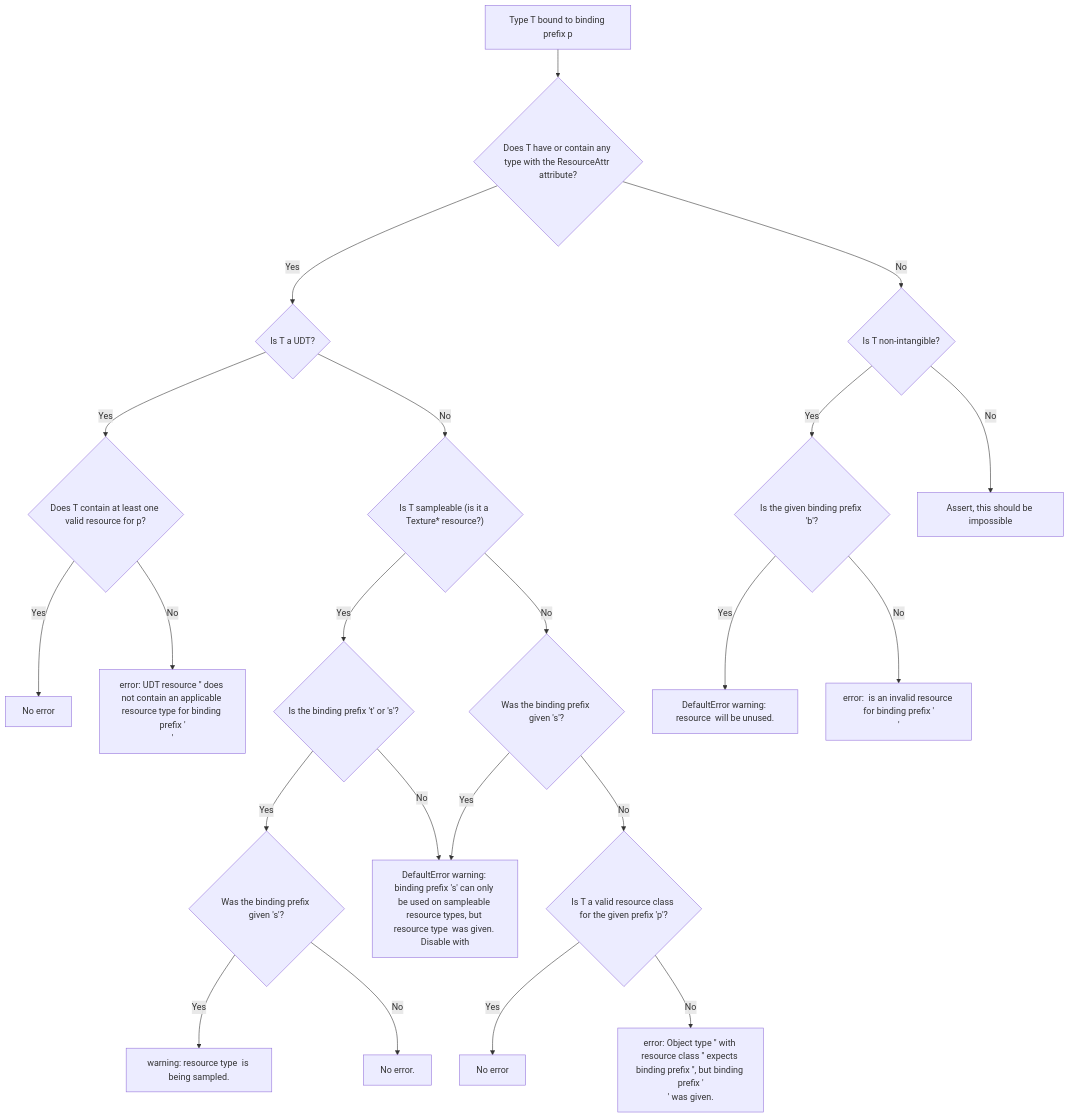
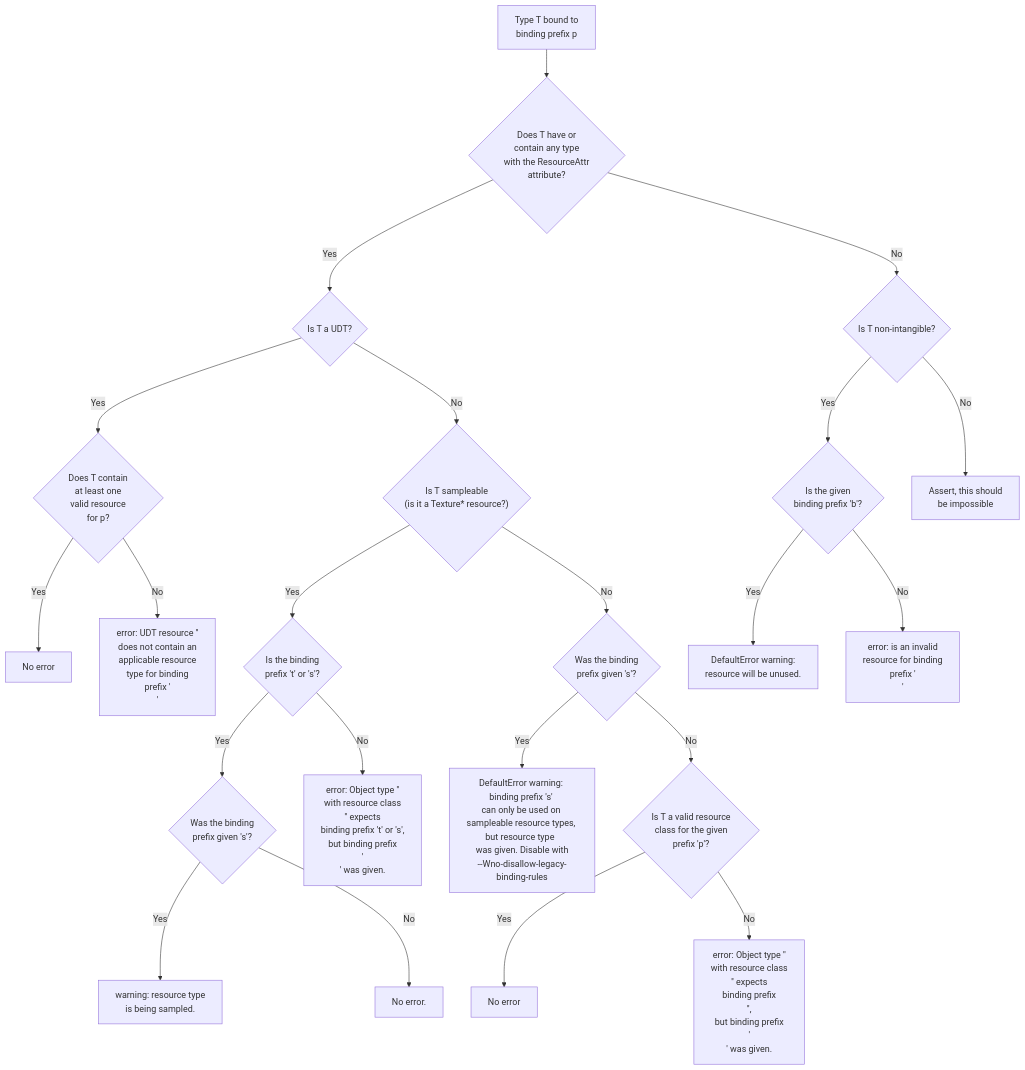
The diagram in proposals/infra/INF-0004-binding-resource-binding-diagnostics.md (microsoft/hlsl-specs), drawn with Mermaid before and after one commit.

Commit message:
try and add some new lines

````diff
--- a/proposals/infra/INF-0004-binding-resource-binding-diagnostics.md
+++ b/proposals/infra/INF-0004-binding-resource-binding-diagnostics.md
@@ -132,24 +132,64 @@
 ```mermaid
 flowchart TD
-A[Type T bound to binding prefix p] --> B{Does T have or contain any type with the ResourceAttr attribute?}
+A[Type T bound to 
+binding prefix p] --> B{Does T have or 
+contain any type
+with the ResourceAttr
+attribute?}
 B -- Yes -->C{Is T a UDT?}
 B -- No --> M{Is T non-intangible?}
-C -- Yes -->D{Does T contain at least one valid resource for p?}
-C -- No -->G{"Is T sampleable (is it a Texture* resource?)"}
+C -- Yes -->D{Does T contain
+at least one 
+valid resource 
+for p?}
+C -- No -->G{"Is T sampleable 
+(is it a Texture* resource?)"}
 D -- Yes -->E[No error]
-D -- No -->F[error: UDT resource '<T>' does not contain an applicable resource type for binding prefix '<p>']
-G -- Yes -->H{Is the binding prefix 't' or 's'?}
-G -- No --> I{Was the binding prefix given 's'?}
-H -- Yes -->L{Was the binding prefix given 's'?}
-H -- No --> J[error: Object type '<T>' with resource class '<resource class>' expects binding prefix 't' or 's', but binding prefix '<p>' was given.]
-I -- Yes --> J[DefaultError warning: binding prefix 's' can only be used on sampleable resource types, but resource type <T> was given. Disable with]
-I -- No -->K{Is T a valid resource class for the given prefix 'p'?}
+D -- No -->F[error: UDT resource '<T>'
+does not contain an 
+applicable resource 
+type for binding 
+prefix '<p>']
+G -- Yes -->H{Is the binding 
+prefix 't' or 's'?}
+G -- No --> I{Was the binding 
+prefix given 's'?}
+H -- Yes -->L{Was the binding 
+prefix given 's'?}
+H -- No --> J[error: Object type '<T>' 
+with resource class 
+'<resource class>' expects 
+binding prefix 't' or 's', 
+but binding prefix 
+'<p>' was given.]
+I -- Yes --> V[DefaultError warning: 
+binding prefix 's' 
+can only be used on 
+sampleable resource types, 
+but resource type <T> 
+was given. Disable with
+--Wno-disallow-legacy-binding-rules]
+I -- No -->K{Is T a valid resource
+class for the given
+prefix 'p'?}
 K -- Yes -->Q[No error]
-K -- No --> R[error: Object type '<T>' with resource class '<resource class>' expects binding prefix '<expected binding prefix>', but binding prefix '<p>' was given.]
-L -- Yes -->O[warning: resource type <T> is being sampled.]
+K -- No --> R[error: Object type '<T>'
+with resource class 
+'<resource class>' expects
+binding prefix 
+'<expected binding prefix>', 
+but binding prefix 
+'<p>' was given.]
+L -- Yes -->O[warning: resource type 
+<T> is being sampled.]
 L -- No -->P[No error.]
-M -- Yes -->N{Is the given binding prefix 'b'?}
-M -- No --> S[Assert, this should be impossible]
-N -- Yes -->T[DefaultError warning: resource <T> will be unused.]
-N -- No -->U[error: <T> is an invalid resource for binding prefix '<p>']
+M -- Yes -->N{Is the given 
+binding prefix 'b'?}
+M -- No --> S[Assert, this should 
+be impossible]
+N -- Yes -->T[DefaultError warning: 
+resource <T> will be unused.]
+N -- No -->U[error: <T> is an invalid 
+resource for binding 
+prefix '<p>']
 ```
````
